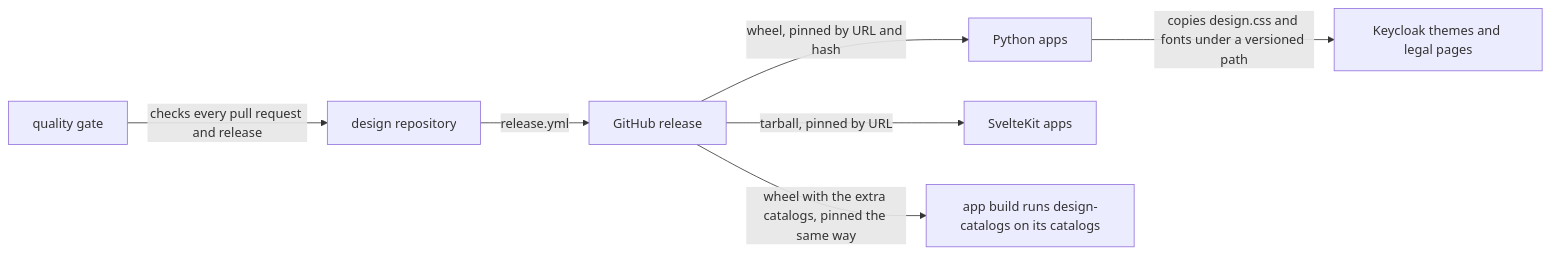
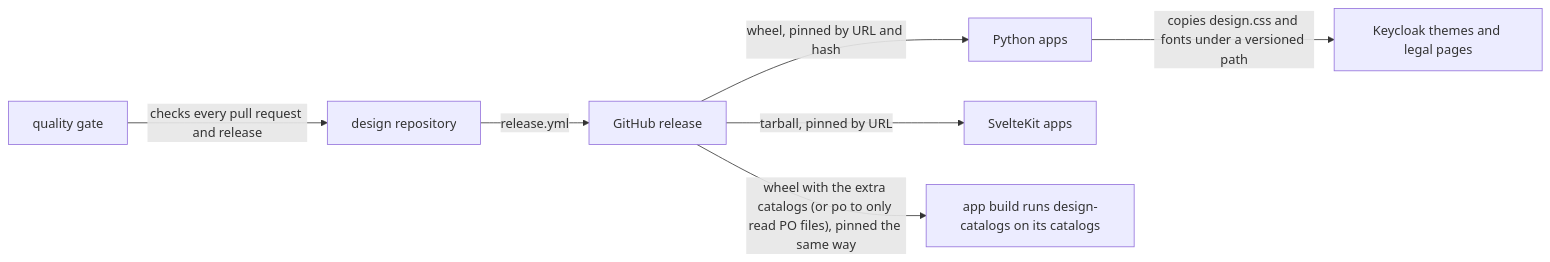
The first of 3 diagrams in docs/ARCHITECTURE.md (overnightworks/design), drawn with Mermaid before and after one commit. The commit also changed other lines of this file and 6 other files, not shown here.

First line of the commit message:
Add the extra po that reads PO files through design (#253)

````diff
--- a/docs/ARCHITECTURE.md
+++ b/docs/ARCHITECTURE.md
@@ -14,15 +14,15 @@
 ```mermaid
 flowchart LR
   design[design repository]
   gate[quality gate]
   release[GitHub release]
   py[Python apps]
   kit[SvelteKit apps]
   kc[Keycloak themes and legal pages]
   gate -- checks every pull request and release --> design
   design -- release.yml --> release
   release -- wheel, pinned by URL and hash --> py
   release -- tarball, pinned by URL --> kit
-  release -- wheel with the extra catalogs, pinned the same way --> build[app build runs design-catalogs on its catalogs]
+  release -- wheel with the extra catalogs (or po to only read PO files), pinned the same way --> build[app build runs design-catalogs on its catalogs]
   py -- copies design.css and fonts under a versioned path --> kc
 ```
````
